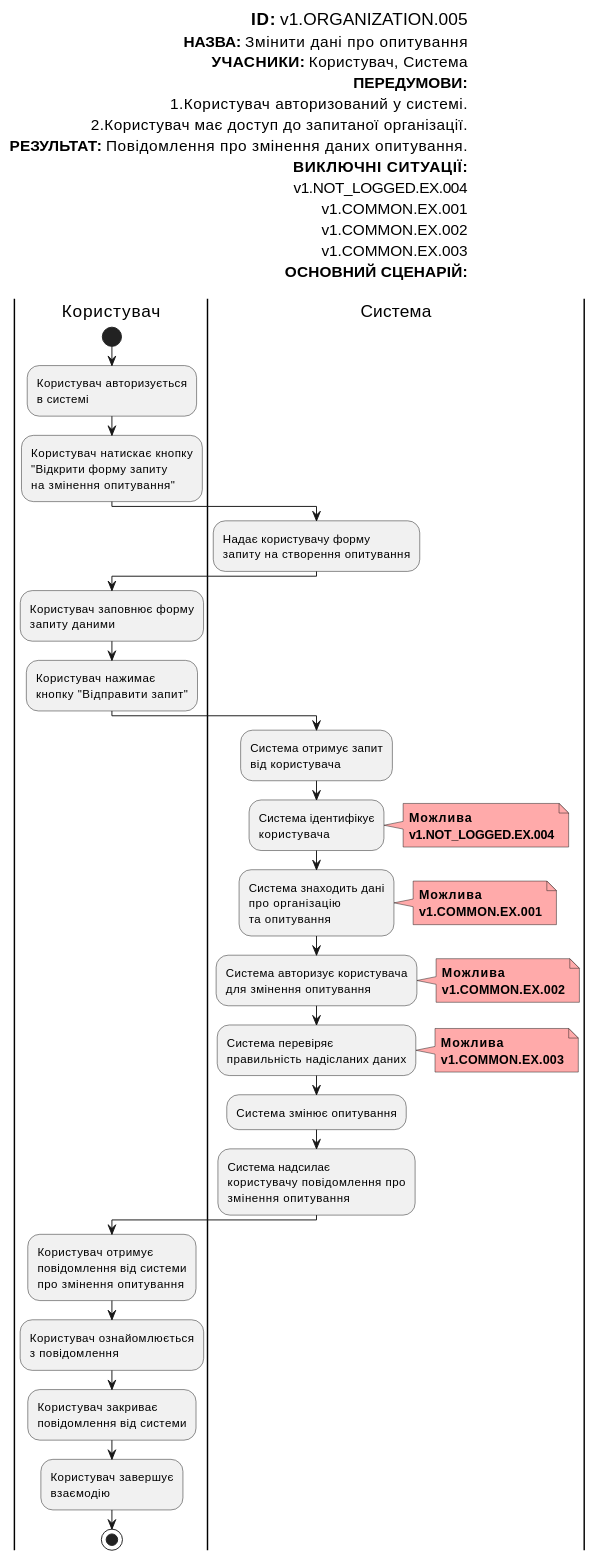
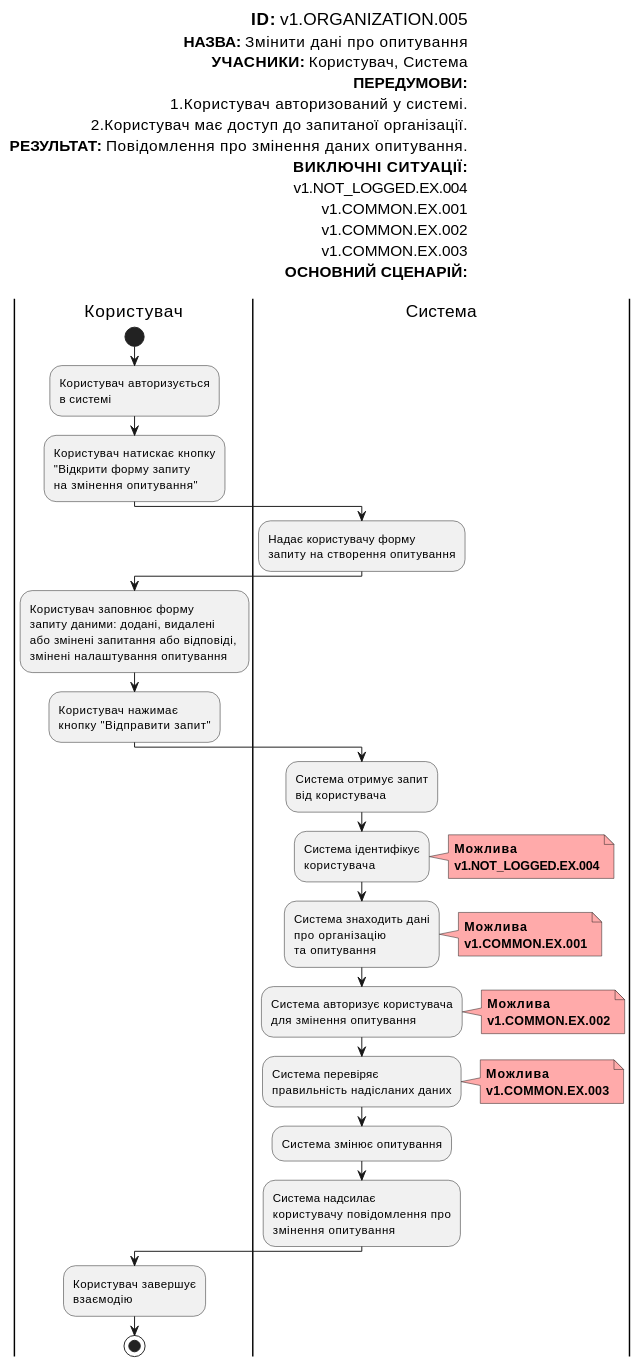
One commit to SergeyOcheretenko/survey-expert changed the tenth of 18 diagrams in docs/use cases/README.md. Above: the diagram before and after it, drawn with PlantUML. The commit also changed other lines of this file, not shown here.

```diff
--- a/docs/use cases/README.md
+++ b/docs/use cases/README.md
@@ -621,7 +614,9 @@
 
       |Користувач|
           :Користувач заповнює форму
-          запиту даними;
+          запиту даними: додані, видалені
+          або змінені запитання або відповіді, 
+          змінені налаштування опитування;
 
           :Користувач нажимає
           кнопку "Відправити запит";
@@ -666,16 +661,6 @@
           змінення опитування;
 
       |Користувач|
-          :Користувач отримує
-          повідомлення від системи
-          про змінення опитування;
-
-          :Користувач ознайомлюється
-          з повідомлення;
-
-          :Користувач закриває
-          повідомлення від системи;
-
           :Користувач завершує
           взаємодію;
 
```
